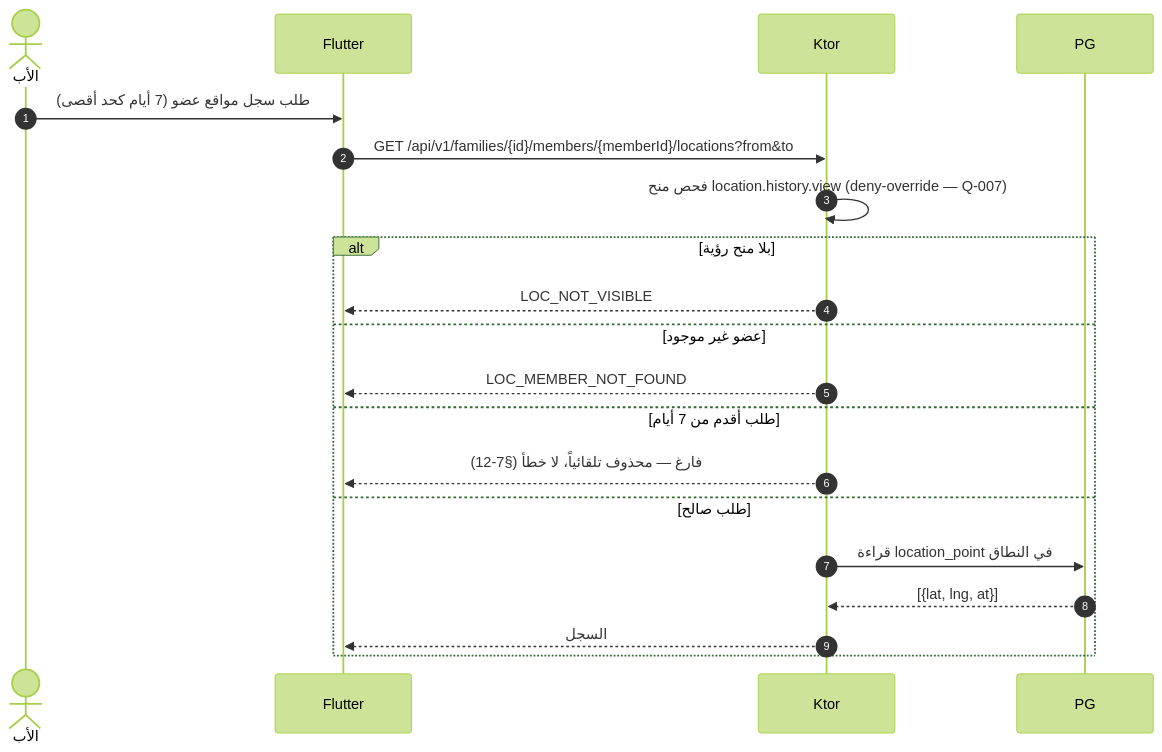
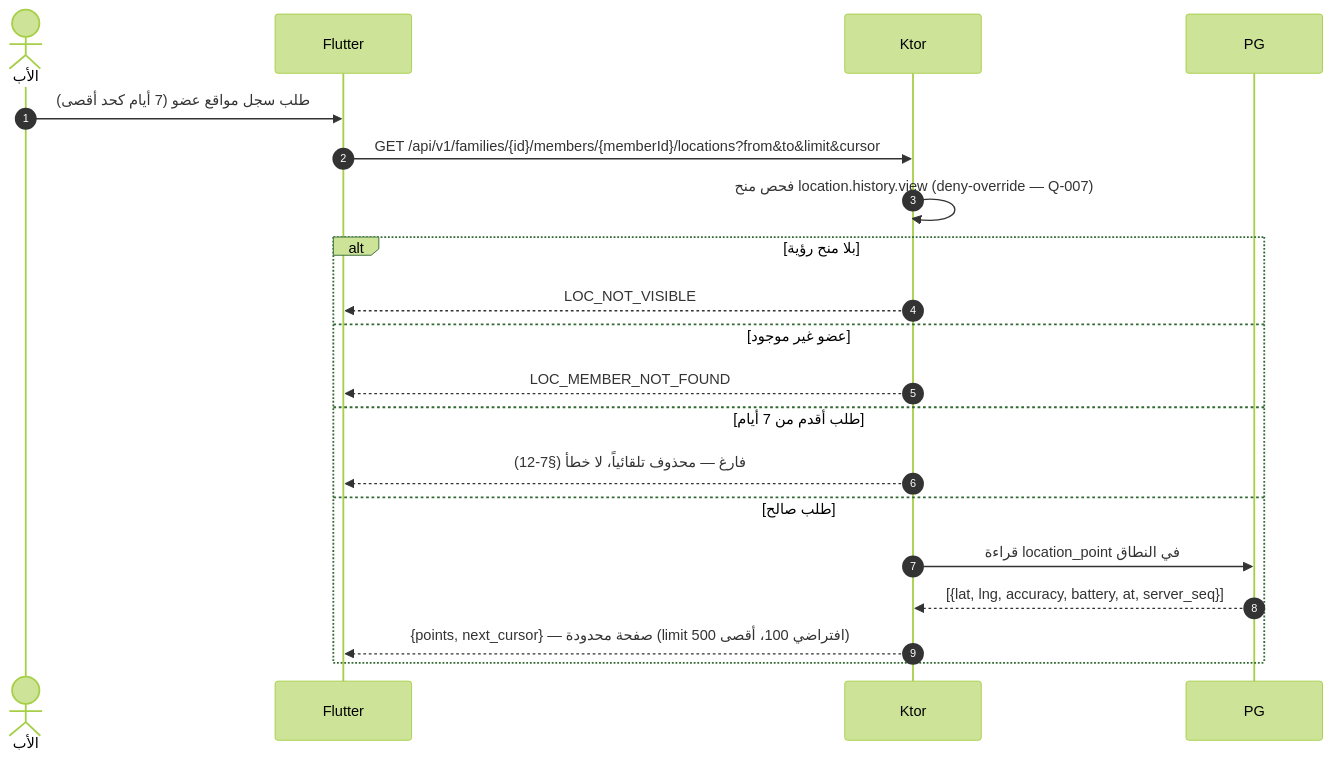
The ninth of 13 diagrams in docs/family-os/governance/phases/phase-1/S1-07-location-basic/DIAGRAMS.md (Bassam-mohammed-alqaeadi/family-os-v2), drawn with Mermaid (forest theme) before and after one commit. The commit also changed other lines of this file and 6 other files, not shown here.

````diff
--- a/docs/family-os/governance/phases/phase-1/S1-07-location-basic/DIAGRAMS.md
+++ b/docs/family-os/governance/phases/phase-1/S1-07-location-basic/DIAGRAMS.md
@@ -317,22 +321,22 @@
 ```mermaid
 sequenceDiagram
     autonumber
     actor Father as الأب
     participant التطبيق as Flutter
     participant الخادم as Ktor
     participant المخزن as PG
     Father->>التطبيق: طلب سجل مواقع عضو (7 أيام كحد أقصى)
-    التطبيق->>الخادم: GET /api/v1/families/{id}/members/{memberId}/locations?from&to
+    التطبيق->>الخادم: GET /api/v1/families/{id}/members/{memberId}/locations?from&to&limit&cursor
     الخادم->>الخادم: فحص منح location.history.view (deny-override — Q-007)
     alt بلا منح رؤية
         الخادم-->>التطبيق: LOC_NOT_VISIBLE
     else عضو غير موجود
         الخادم-->>التطبيق: LOC_MEMBER_NOT_FOUND
     else طلب أقدم من 7 أيام
         الخادم-->>التطبيق: فارغ — محذوف تلقائياً، لا خطأ (§7-12)
     else طلب صالح
         الخادم->>المخزن: قراءة location_point في النطاق
-        المخزن-->>الخادم: [{lat, lng, at}]
-        الخادم-->>التطبيق: السجل
+        المخزن-->>الخادم: [{lat, lng, accuracy, battery, at, server_seq}]
+        الخادم-->>التطبيق: {points, next_cursor} — صفحة محدودة (limit افتراضي 100، أقصى 500)
     end
 ```
````
